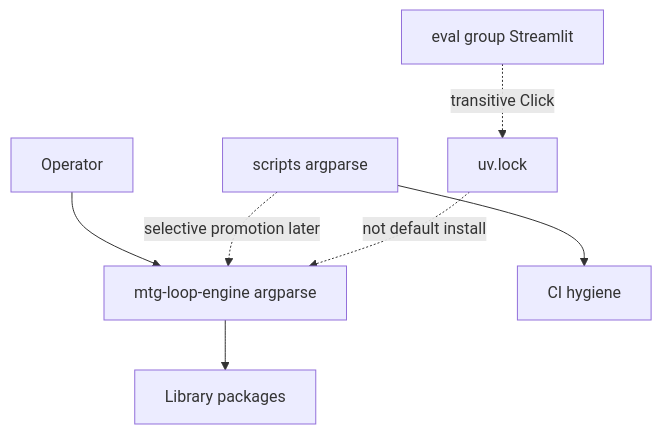
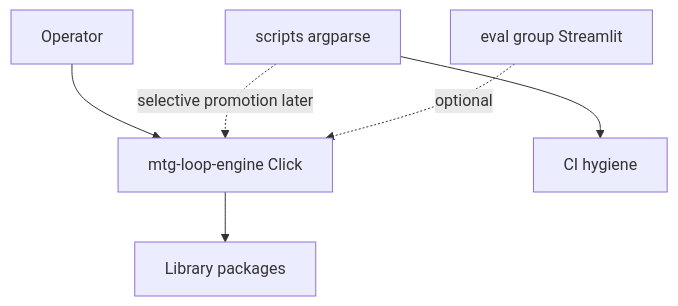
One commit to witzbeck/mtg-loop-engine changed the diagram in docs/CLI.md. Above: the diagram before and after it, drawn with Mermaid. The commit also changed other lines of this file and 19 other files, not shown here.

First line of the commit message:
Migrate product CLI from argparse to Click. (#50)

````diff
--- a/docs/CLI.md
+++ b/docs/CLI.md
@@ -49,9 +141,8 @@
 ```mermaid
 graph TB;
-  op[Operator] --> prodCli[mtg-loop-engine argparse];
+  op[Operator] --> prodCli[mtg-loop-engine Click];
   prodCli --> lib[Library packages];
   scripts[scripts argparse] --> ci[CI hygiene];
   scripts -.->|selective promotion later| prodCli;
-  evalExtra[eval group Streamlit] -.->|transitive Click| lock[uv.lock];
-  lock -.->|not default install| prodCli;
+  evalExtra[eval group Streamlit] -.->|optional| prodCli;
 ```
````
